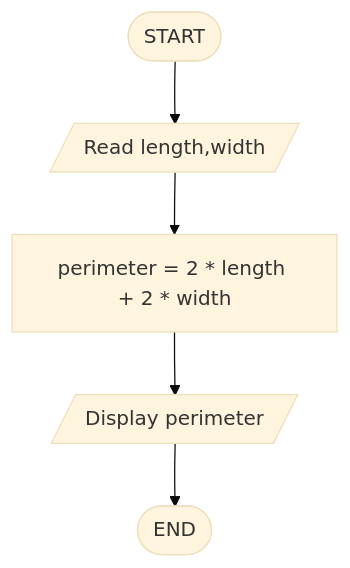
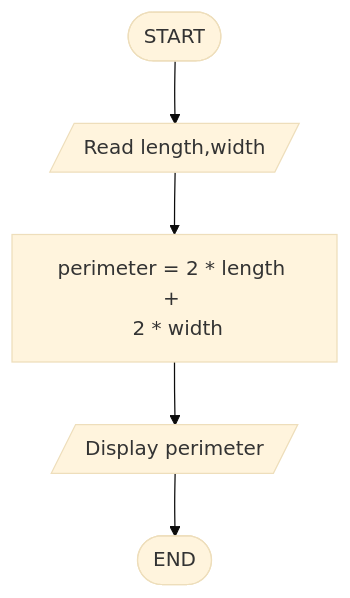
One commit to Tay25006739/WIX1002_W02_Tutorial_1 changed the fourth of 11 diagrams in README.md. Above: the diagram before and after it, drawn with Mermaid (base theme). The commit also changed other lines of this file and 1 other file, not shown here.

Commit message:
First flowchart png update

````diff
--- a/README.md
+++ b/README.md
@@ -136,8 +135,8 @@
 ```mermaid
 flowchart TD
     A([START]) --> B[/Read length,width/]
-    B --> C[perimeter = 2 * length + 2 * width]
+    B --> C[perimeter = 2 * length + <br> 2 * width]
     C --> D[/Display perimeter/]
     D --> E([END])
     
 ```
````
